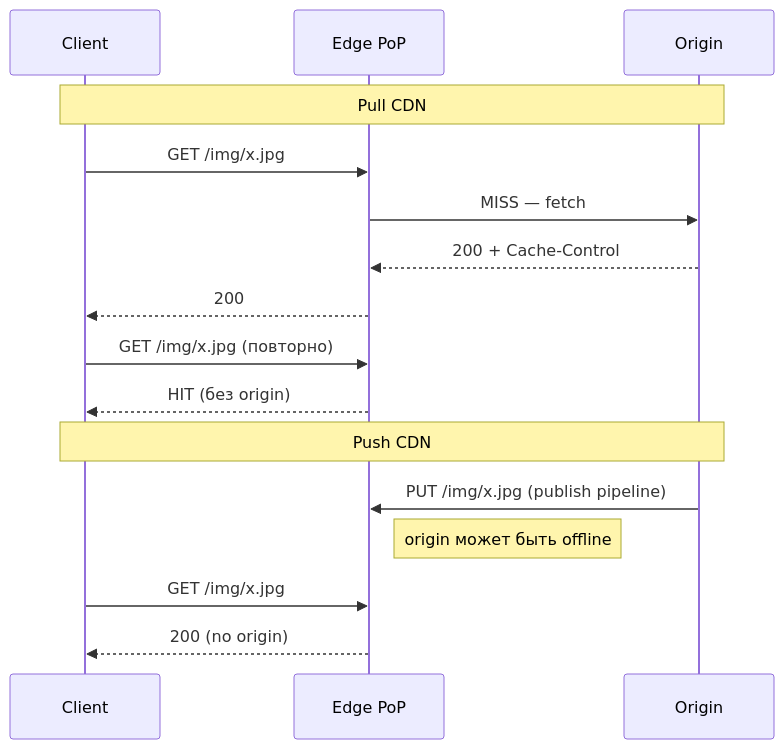
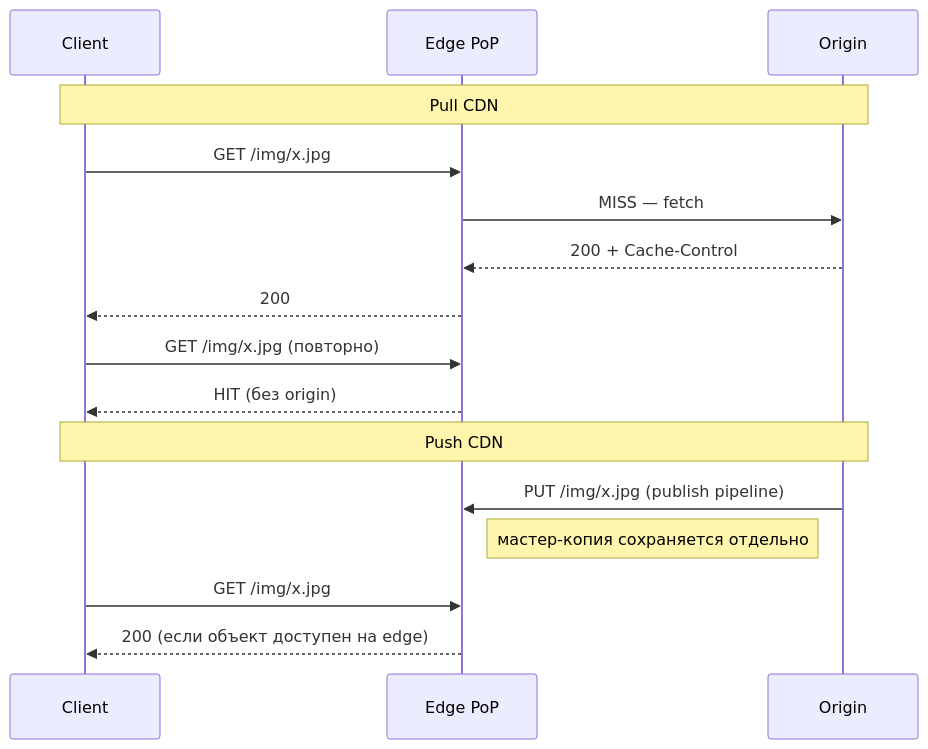
The second of 2 diagrams in cheatsheets/interview/architecture/cdn-interview.md (akeverus/cheat-sheet), drawn with Mermaid before and after one commit. The commit also changed other lines of this file and 154 other files, not shown here.

````diff
--- a/cheatsheets/interview/architecture/cdn-interview.md
+++ b/cheatsheets/interview/architecture/cdn-interview.md
@@ -253,18 +222,18 @@
 ```mermaid
 sequenceDiagram
     participant C as Client
     participant E as Edge PoP
     participant O as Origin
     Note over C,O: Pull CDN
     C->>E: GET /img/x.jpg
     E->>O: MISS — fetch
     O-->>E: 200 + Cache-Control
     E-->>C: 200
     C->>E: GET /img/x.jpg (повторно)
     E-->>C: HIT (без origin)
     Note over C,O: Push CDN
     O->>E: PUT /img/x.jpg (publish pipeline)
-    Note right of E: origin может быть offline
+    Note right of E: мастер-копия сохраняется отдельно
     C->>E: GET /img/x.jpg
-    E-->>C: 200 (no origin)
+    E-->>C: 200 (если объект доступен на edge)
 ```
````
